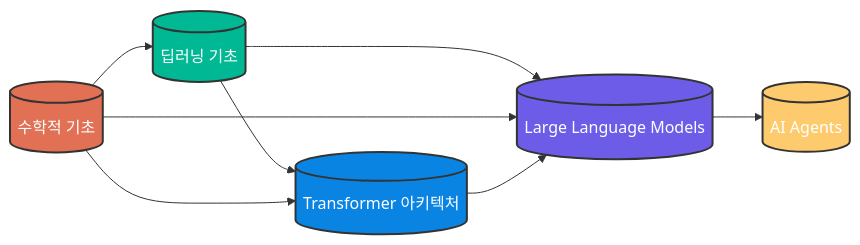
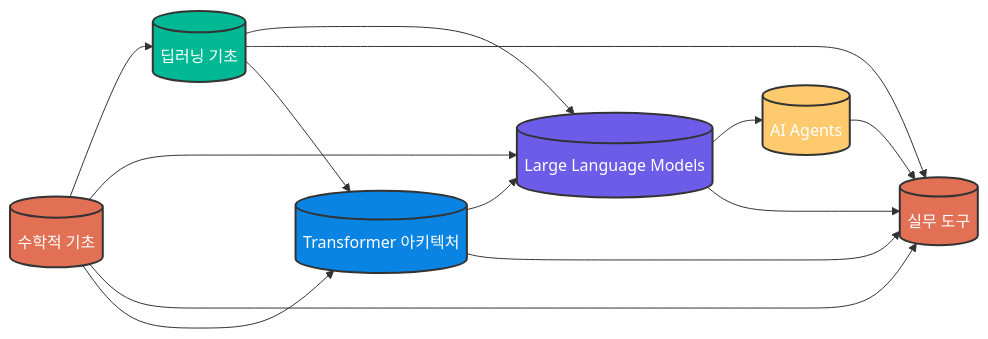
One commit to not-for-me/ai-learning-graph changed the diagram in outputs/meta_graph.mermaid. Above: the diagram before and after it, drawn with Mermaid. The commit also changed 21 other files, not shown here.

First line of the commit message:
Add practical tools domain with HuggingFace learning nodes

```diff
--- a/outputs/meta_graph.mermaid
+++ b/outputs/meta_graph.mermaid
@@ -1,24 +1,31 @@
 flowchart LR
 
     %% Domain nodes
     math_foundations[("수학적 기초")]
     deep_learning[("딥러닝 기초")]
     transformer[("Transformer 아키텍처")]
     llm[("Large Language Models")]
     agent[("AI Agents")]
+    practical_tools[("실무 도구")]
 
     %% Domain relationships
+    agent --> practical_tools
     deep_learning --> llm
+    deep_learning --> practical_tools
     deep_learning --> transformer
     llm --> agent
+    llm --> practical_tools
     math_foundations --> deep_learning
     math_foundations --> llm
+    math_foundations --> practical_tools
     math_foundations --> transformer
     transformer --> llm
+    transformer --> practical_tools
 
     %% Styles
     style math_foundations fill:#E17055,stroke:#333,stroke-width:2px,color:#fff
     style deep_learning fill:#00B894,stroke:#333,stroke-width:2px,color:#fff
     style transformer fill:#0984E3,stroke:#333,stroke-width:2px,color:#fff
     style llm fill:#6C5CE7,stroke:#333,stroke-width:2px,color:#fff
     style agent fill:#FDCB6E,stroke:#333,stroke-width:2px,color:#fff
+    style practical_tools fill:#E17055,stroke:#333,stroke-width:2px,color:#fff
```
